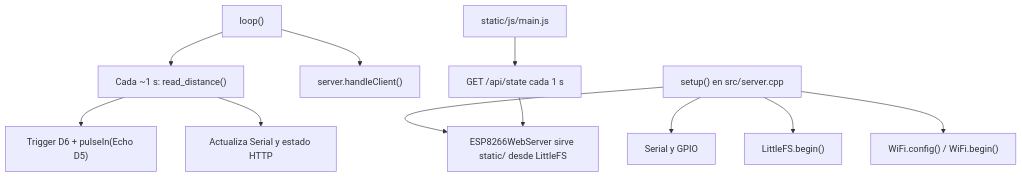
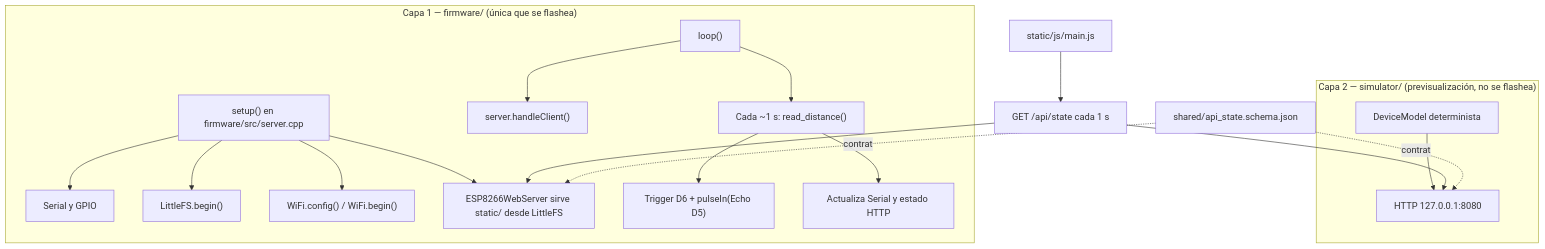
Before and after one commit to nesktf/alarma_tecnica: the diagram in redes-ii-vault/Arquitectura/Simulacion y arquitectura del sistema.md, drawn with Mermaid. The commit also changed other lines of this file and 14 other files, not shown here.

First line of the commit message:
Migración a 2 capas: firmware/ + simulator/ + shared/

````diff
--- a/redes-ii-vault/Arquitectura/Simulacion y arquitectura del sistema.md
+++ b/redes-ii-vault/Arquitectura/Simulacion y arquitectura del sistema.md
@@ -29,13 +37,21 @@
 ```mermaid
 flowchart TD
-    A["setup() en src/server.cpp"] --> B["Serial y GPIO"]
-    A --> C["LittleFS.begin()"]
-    A --> D["WiFi.config() / WiFi.begin()"]
-    A --> E["ESP8266WebServer sirve static/ desde LittleFS"]
-    F["loop()"] --> G["server.handleClient()"]
-    F --> H["Cada ~1 s: read_distance()"]
-    H --> I["Trigger D6 + pulseIn(Echo D5)"]
-    H --> J["Actualiza Serial y estado HTTP"]
+    subgraph FLASH["Capa 1 — firmware/ (única que se flashea)"]
+        A["setup() en firmware/src/server.cpp"] --> B["Serial y GPIO"]
+        A --> C["LittleFS.begin()"]
+        A --> D["WiFi.config() / WiFi.begin()"]
+        A --> E["ESP8266WebServer sirve static/ desde LittleFS"]
+        F["loop()"] --> G["server.handleClient()"]
+        F --> H["Cada ~1 s: read_distance()"]
+        H --> I["Trigger D6 + pulseIn(Echo D5)"]
+        H --> J["Actualiza Serial y estado HTTP"]
+    end
+    subgraph PREVIEW["Capa 2 — simulator/ (previsualización, no se flashea)"]
+        M["DeviceModel determinista"] --> S["HTTP 127.0.0.1:8080"]
+    end
     K["static/js/main.js"] --> L["GET /api/state cada 1 s"]
     L --> E
+    L --> S
+    C2["shared/api_state.schema.json"] -.contrato.-> E
+    C2 -.contrato.-> S
 ```
````
